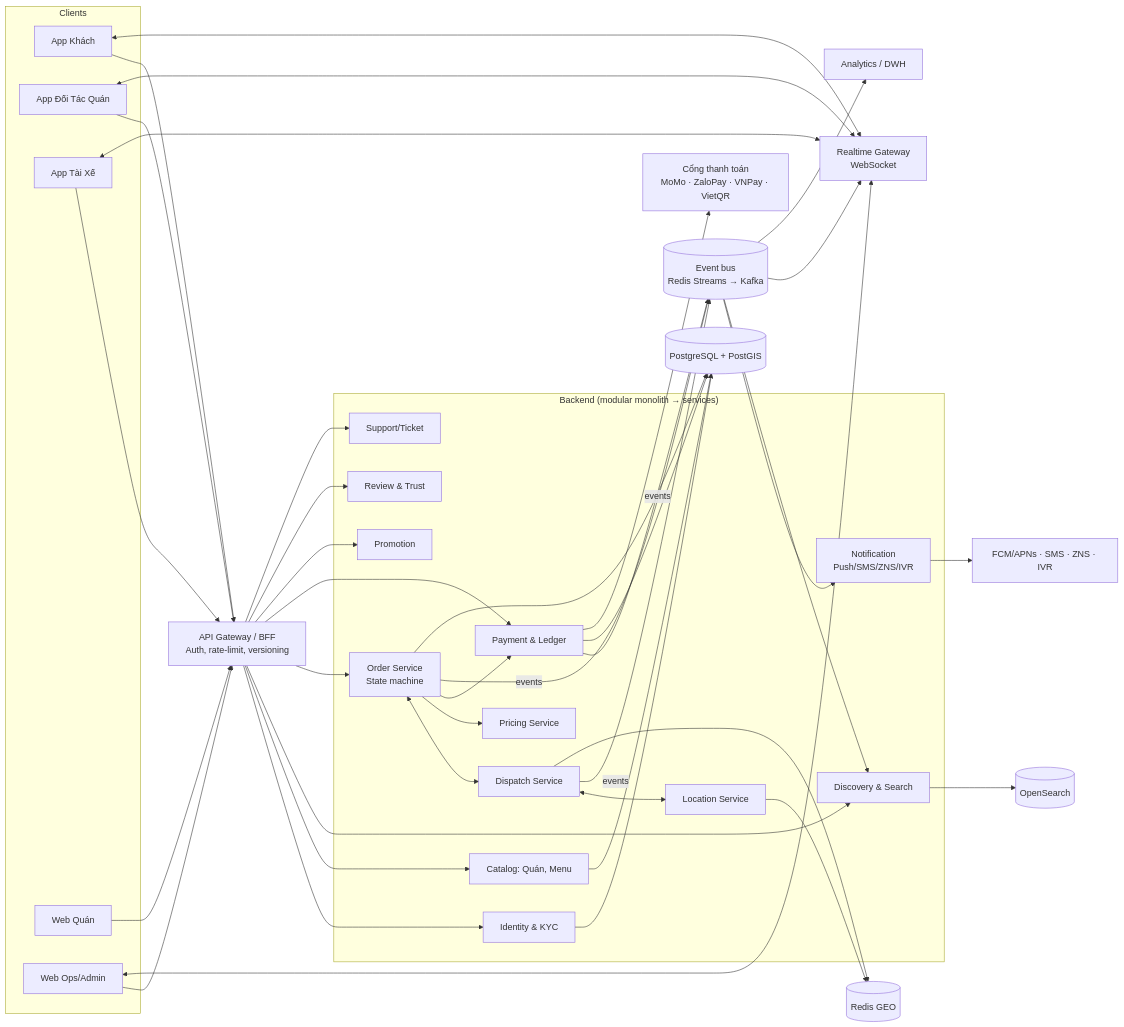
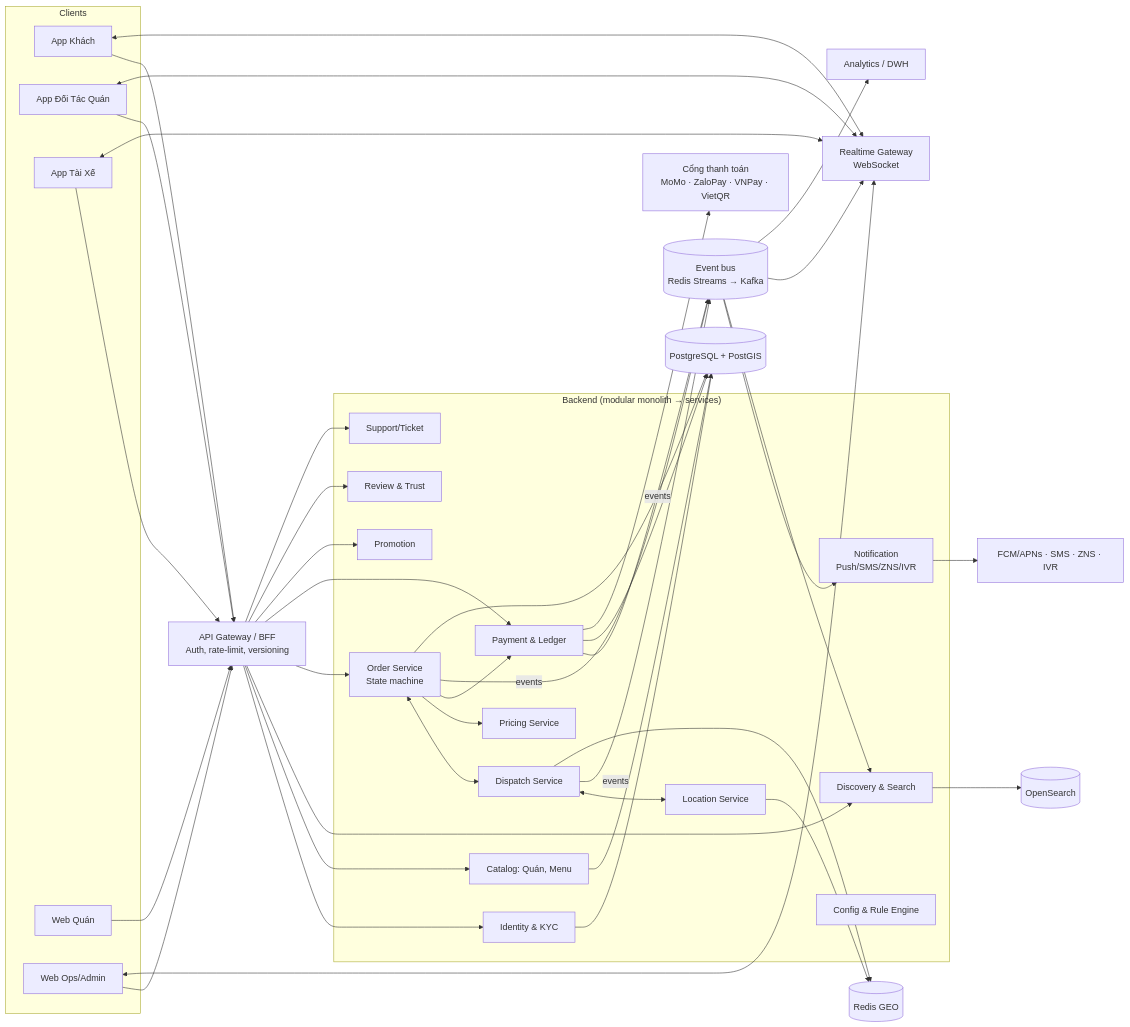
One commit to tuongspithue/tuongspithue changed the diagram in docs/05-kien-truc-ky-thuat.md. Above: the diagram before and after it, drawn with Mermaid. The commit also changed 5 other files, not shown here.

````diff
--- a/docs/05-kien-truc-ky-thuat.md
+++ b/docs/05-kien-truc-ky-thuat.md
@@ -33,43 +33,44 @@
 ```mermaid
 flowchart LR
     subgraph Clients
       A1[App Khách]
       A2[App Đối Tác Quán]
       A3[App Tài Xế]
       W1[Web Quán]
       W2[Web Ops/Admin]
     end
 
     A1 & A2 & A3 & W1 & W2 --> GW[API Gateway / BFF<br/>Auth, rate-limit, versioning]
     A1 & A2 & A3 & W2 <--> RT[Realtime Gateway<br/>WebSocket]
 
     subgraph Core["Backend (modular monolith → services)"]
       ID[Identity & KYC]
       CAT[Catalog: Quán, Menu]
       DISC[Discovery & Search]
       ORD[Order Service<br/>State machine]
       DSP[Dispatch Service]
       LOC[Location Service]
       PRC[Pricing Service]
       PAY[Payment & Ledger]
       PRM[Promotion]
       NTF[Notification<br/>Push/SMS/ZNS/IVR]
       RVW[Review & Trust]
       SUP[Support/Ticket]
+      CFG[Config & Rule Engine]
     end
 
     GW --> ID & CAT & DISC & ORD & PAY & PRM & RVW & SUP
     ORD <--> DSP
     DSP <--> LOC
     ORD --> PRC
     ORD --> PAY
 
     ORD & DSP & PAY -- events --> BUS[(Event bus<br/>Redis Streams → Kafka)]
     BUS --> NTF & RT & DISC & AN[Analytics / DWH]
 
     ORD & PAY & CAT & ID --> PG[(PostgreSQL + PostGIS)]
     LOC & DSP --> RD[(Redis GEO)]
     DISC --> ES[(OpenSearch)]
     NTF --> EXT[FCM/APNs · SMS · ZNS · IVR]
     PAY --> PGW[Cổng thanh toán<br/>MoMo · ZaloPay · VNPay · VietQR]
 ```
````
